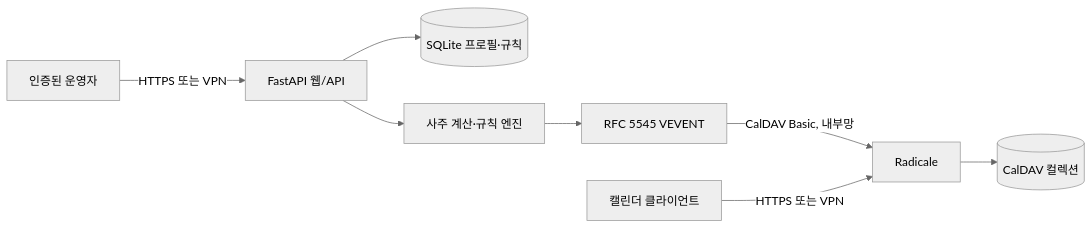
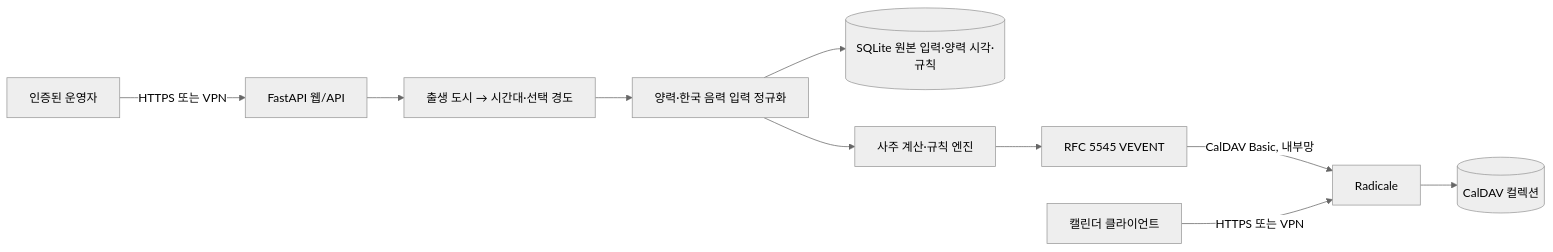
The diagram in docs/ARCHITECTURE.md (ContextualWisdomLab/saju-caldav), drawn with Mermaid (neutral theme) before and after one commit. The commit also changed other lines of this file and 69 other files, not shown here.

````diff
--- a/docs/ARCHITECTURE.md
+++ b/docs/ARCHITECTURE.md
@@ -3,10 +3,12 @@
 ```mermaid
 flowchart LR
     O[인증된 운영자] -->|HTTPS 또는 VPN| W[FastAPI 웹/API]
-    W --> S[(SQLite 프로필·규칙)]
-    W --> E[사주 계산·규칙 엔진]
+    W --> L[출생 도시 → 시간대·선택 경도]
+    L --> N[양력·한국 음력 입력 정규화]
+    N --> S[(SQLite 원본 입력·양력 시각·규칙)]
+    N --> E[사주 계산·규칙 엔진]
     E --> I[RFC 5545 VEVENT]
     I -->|CalDAV Basic, 내부망| R[Radicale]
     R --> C[(CalDAV 컬렉션)]
     D[캘린더 클라이언트] -->|HTTPS 또는 VPN| R
 ```
````
